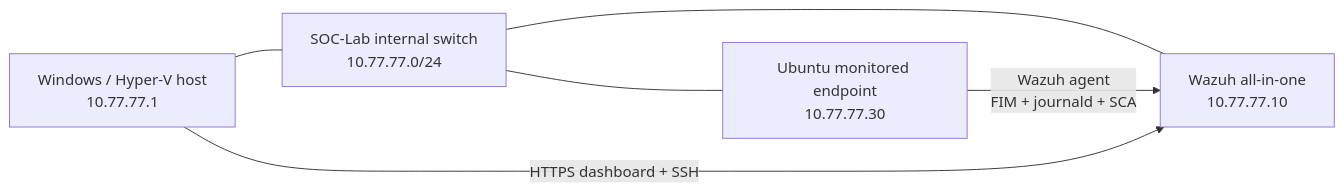
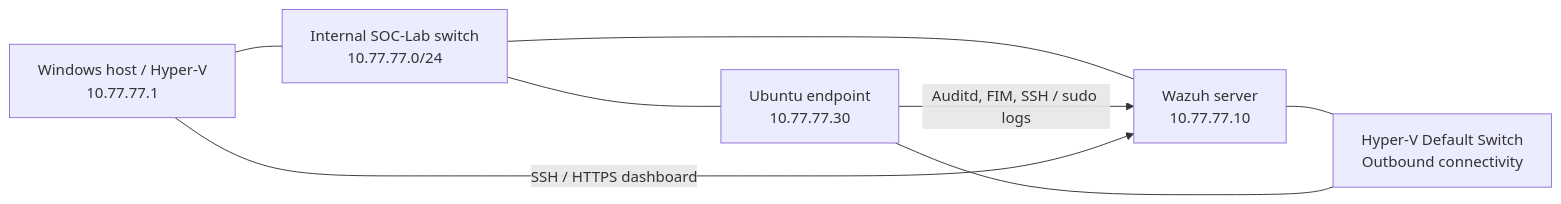
The diagram in README.md (orestisvladimirou/SOC-Home-Lab), drawn with Mermaid before and after one commit. The commit also changed other lines of this file, not shown here.

Commit message:
Rewrite SOC Home Lab README as concise evidence-led project overview

````diff
--- a/README.md
+++ b/README.md
@@ -32,12 +11,15 @@
 ```mermaid
 flowchart LR
-    PC["Windows / Hyper-V host<br/>10.77.77.1"]
-    LAN["SOC-Lab internal switch<br/>10.77.77.0/24"]
-    SIEM["Wazuh all-in-one<br/>10.77.77.10"]
-    END["Ubuntu monitored endpoint<br/>10.77.77.30"]
-    PC --- LAN
-    LAN --- SIEM
-    LAN --- END
-    END -->|"Wazuh agent<br/>FIM + journald + SCA"| SIEM
-    PC -->|"HTTPS dashboard + SSH"| SIEM
+    H["Windows host / Hyper-V<br/>10.77.77.1"]
+    S["Internal SOC-Lab switch<br/>10.77.77.0/24"]
+    W["Wazuh server<br/>10.77.77.10"]
+    E["Ubuntu endpoint<br/>10.77.77.30"]
+    D["Hyper-V Default Switch<br/>Outbound connectivity"]
+    H --- S
+    S --- W
+    S --- E
+    E -->|"Auditd, FIM, SSH / sudo logs"| W
+    H -->|"SSH / HTTPS dashboard"| W
+    W --- D
+    E --- D
 ```
````
